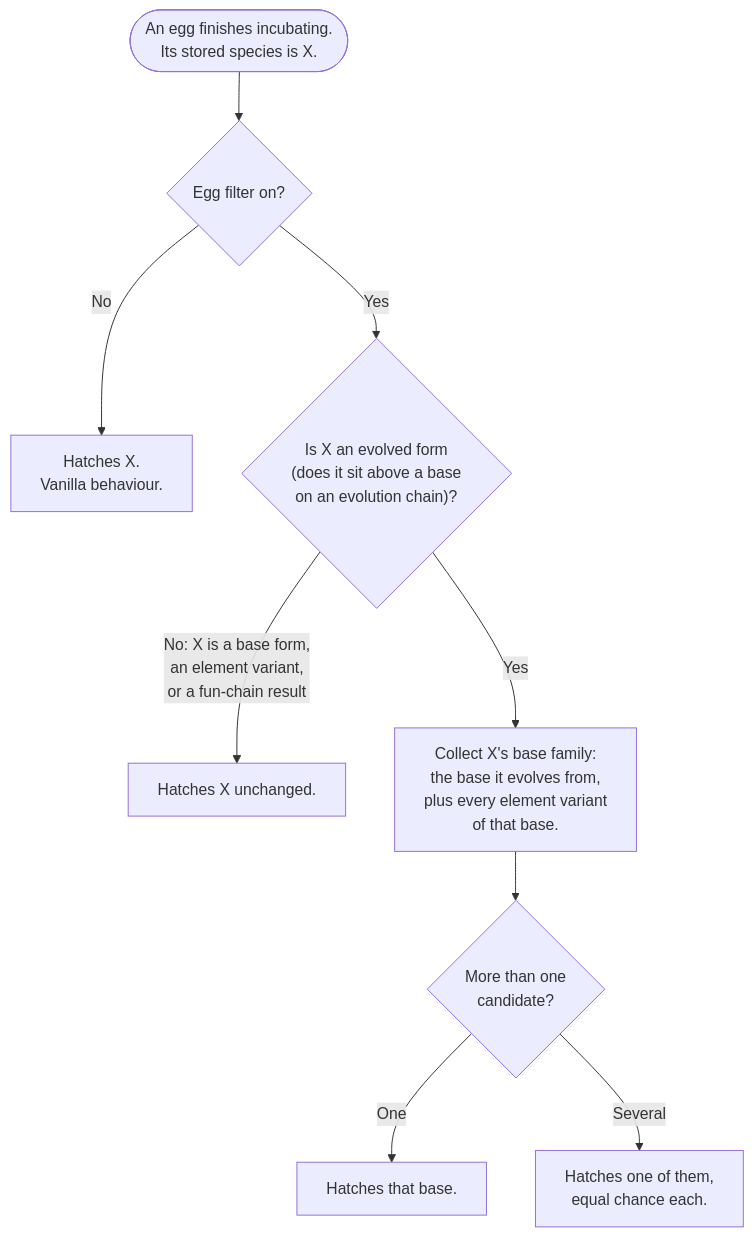
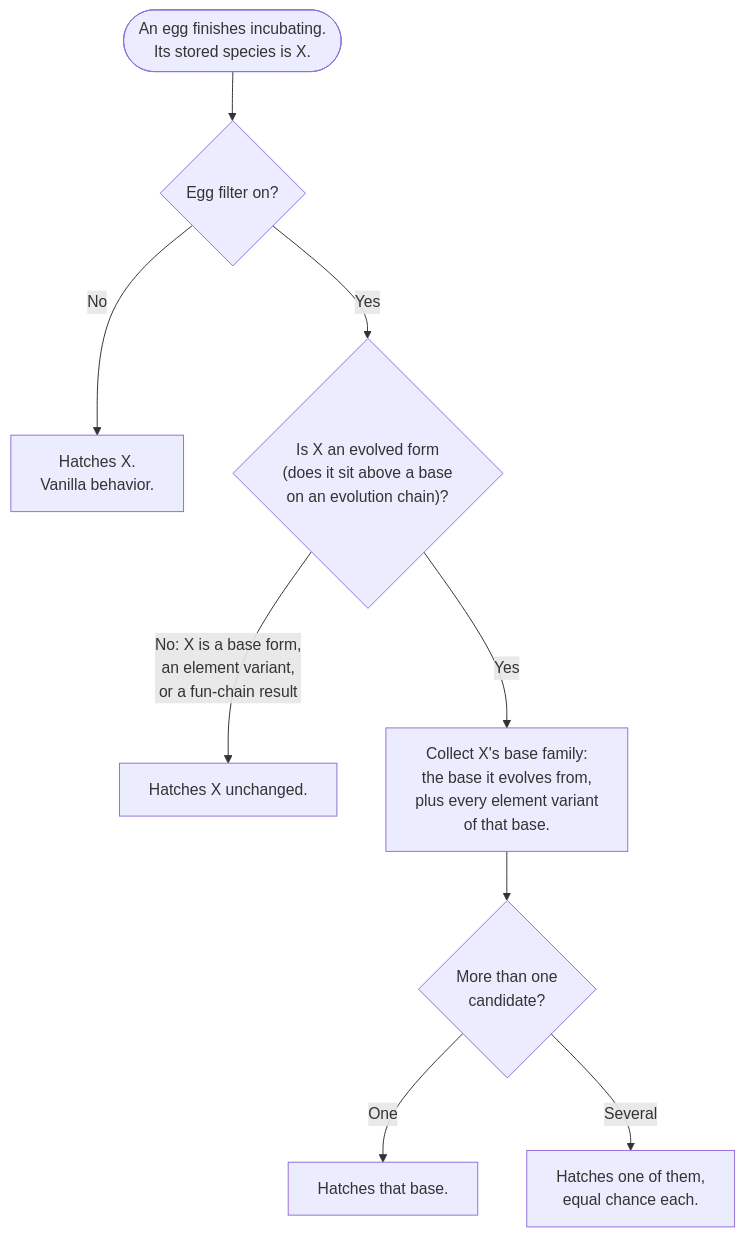
One commit to DooDesch-Mods/Palworld-Palvolve changed the first of 2 diagrams in EGG-FILTER.md. Above: the diagram before and after it, drawn with Mermaid. The commit also changed other lines of this file, not shown here.

Commit message:
docs(egg-filter): tighten wording after avoid-ai-writing audit
Reframe the Pengullet diagram as three of the family's pairs, not the
full set, since config.lua ships more pairs for that family. Align the
flowchart's "behaviour" to the file's American spelling.

````diff
--- a/EGG-FILTER.md
+++ b/EGG-FILTER.md
@@ -28,11 +28,11 @@
 ```mermaid
 flowchart TD
     A(["An egg finishes incubating.<br/>Its stored species is X."]) --> B{"Egg filter on?"}
-    B -->|No| Z1["Hatches X.<br/>Vanilla behaviour."]
+    B -->|No| Z1["Hatches X.<br/>Vanilla behavior."]
     B -->|Yes| C{"Is X an evolved form<br/>(does it sit above a base<br/>on an evolution chain)?"}
     C -->|"No: X is a base form,<br/>an element variant,<br/>or a fun-chain result"| Z2["Hatches X unchanged."]
     C -->|"Yes"| D["Collect X's base family:<br/>the base it evolves from,<br/>plus every element variant<br/>of that base."]
     D --> E{"More than one<br/>candidate?"}
     E -->|"One"| Z3["Hatches that base."]
     E -->|"Several"| Z4["Hatches one of them,<br/>equal chance each."]
 ```
````
